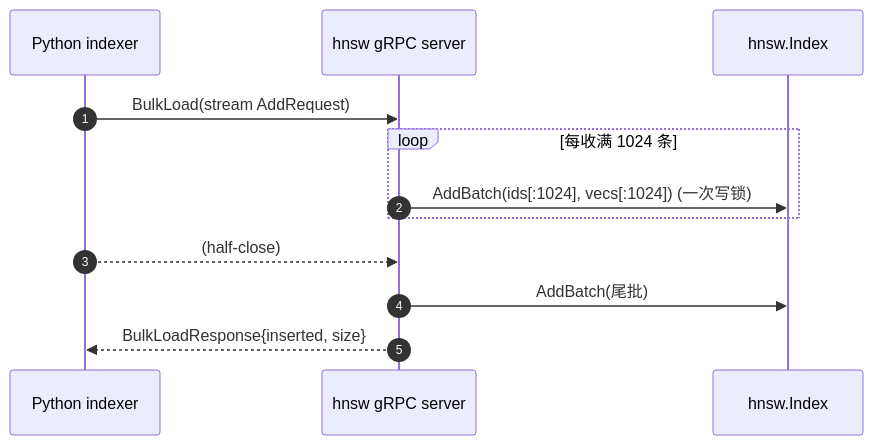
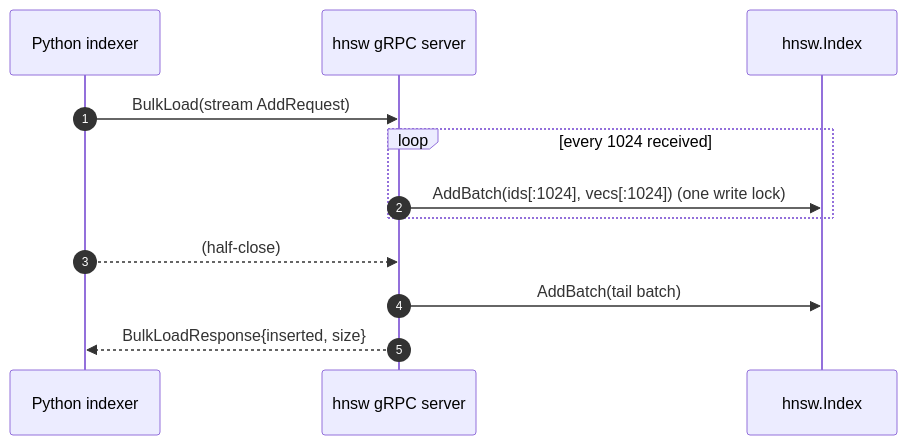
Before and after one commit to AndyUneducated/repo-sage: the second of 2 diagrams in docs/plans/phase-5-hardening.md, drawn with Mermaid. The commit also changed other lines of this file and 14 other files, not shown here.

````diff
--- a/docs/plans/phase-5-hardening.md
+++ b/docs/plans/phase-5-hardening.md
@@ -165,14 +165,14 @@
 ```mermaid
 sequenceDiagram
   autonumber
   participant Py as Python indexer
   participant Srv as hnsw gRPC server
   participant IX as hnsw.Index
   Py->>Srv: BulkLoad(stream AddRequest)
-  loop 每收满 1024 条
-    Srv->>IX: AddBatch(ids[:1024], vecs[:1024])  (一次写锁)
+  loop every 1024 received
+    Srv->>IX: AddBatch(ids[:1024], vecs[:1024])  (one write lock)
   end
   Py-->>Srv: (half-close)
-  Srv->>IX: AddBatch(尾批)
+  Srv->>IX: AddBatch(tail batch)
   Srv-->>Py: BulkLoadResponse{inserted, size}
 ```
````
